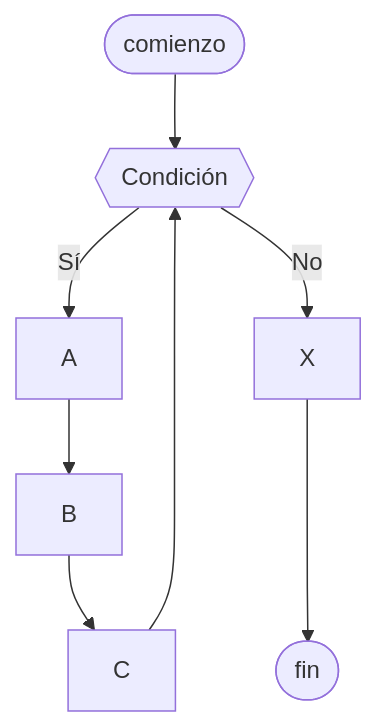
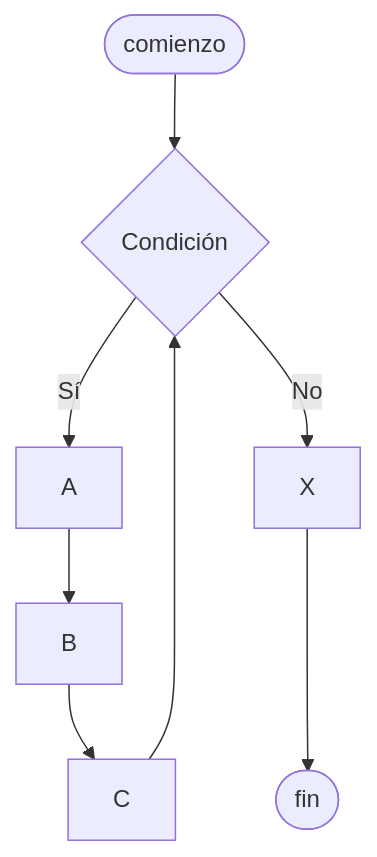
The diagram in Algoritmos y Estructuras de Datos/Ciclo mientras.md (martinstanicio/ingenieria-en-sistemas), drawn with Mermaid before and after one commit. The commit also changed 6 other files, not shown here.

````diff
--- a/Algoritmos y Estructuras de Datos/Ciclo mientras.md
+++ b/Algoritmos y Estructuras de Datos/Ciclo mientras.md
@@ -31,18 +31,18 @@
 ```mermaid
 flowchart TB
 	comienzo([comienzo])
     
-    condicion{{"Condición"}}
+    condicion{"Condición"}
     
     A[A]
     B[B]
     C[C]
     
     X[X]
     
 	fin([fin])
     
 	comienzo --> condicion
 	condicion -- Sí --> A --> B --> C --> condicion
 	condicion -- No --> X ---> fin
 ```
````
